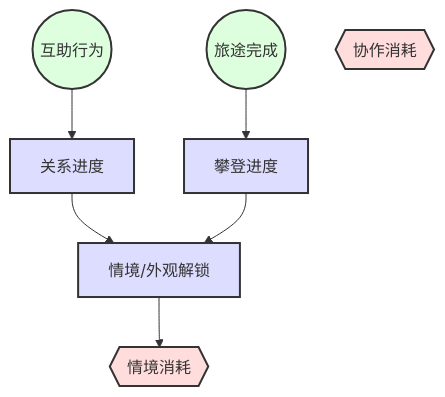
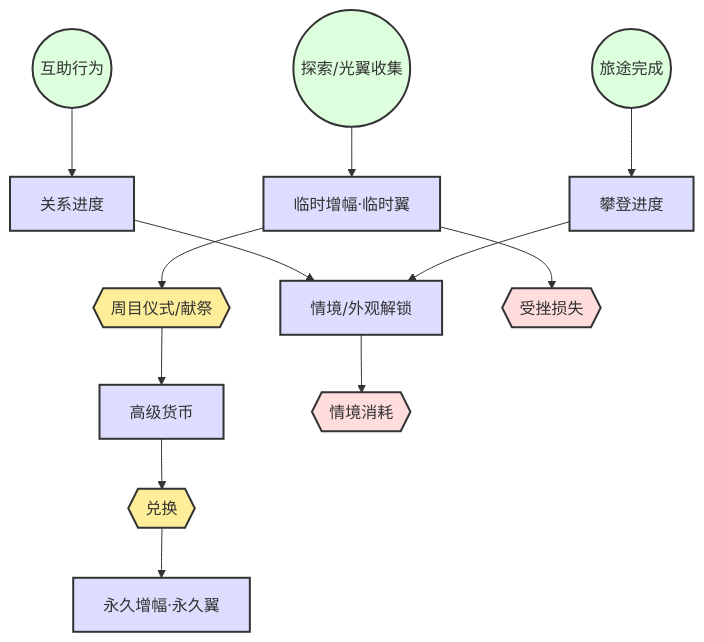
Before and after one commit to zanezhuzhi/DreamMountain: the diagram in 项目/代号梦山/00_项目核心/04_ResourceFlow_资源流.md, drawn with Mermaid. The commit also changed other lines of this file and 15 other files, not shown here.

````diff
--- a/项目/代号梦山/00_项目核心/04_ResourceFlow_资源流.md
+++ b/项目/代号梦山/00_项目核心/04_ResourceFlow_资源流.md
@@ -14,21 +20,33 @@
 ```mermaid
 graph TD
     classDef source fill:#dfd,stroke:#333,stroke-width:2px;
     classDef sink fill:#fdd,stroke:#333,stroke-width:2px;
     classDef pool fill:#ddf,stroke:#333,stroke-width:2px;
     classDef converter fill:#fe9,stroke:#333,stroke-width:2px;
 
     旅途完成((旅途完成)):::source
     互助行为((互助行为)):::source
+    探索收集((探索/光翼收集)):::source
     关系进度[关系进度]:::pool
     情境解锁[情境/外观解锁]:::pool
     攀登进度[攀登进度]:::pool
-    协作消耗{{协作消耗}}:::sink
+    临时增幅[临时增幅·临时翼]:::pool
+    高级货币[高级货币]:::pool
+    永久增幅[永久增幅·永久翼]:::pool
+    周目仪式{{周目仪式/献祭}}:::converter
+    兑换永久{{兑换}}:::converter
     情境消耗{{情境消耗}}:::sink
+    受挫损失{{受挫损失}}:::sink
 
     旅途完成 --> 攀登进度
     互助行为 --> 关系进度
     关系进度 --> 情境解锁
     攀登进度 --> 情境解锁
     情境解锁 --> 情境消耗
+    探索收集 --> 临时增幅
+    临时增幅 --> 受挫损失
+    临时增幅 --> 周目仪式
+    周目仪式 --> 高级货币
+    高级货币 --> 兑换永久
+    兑换永久 --> 永久增幅
 ```
````
